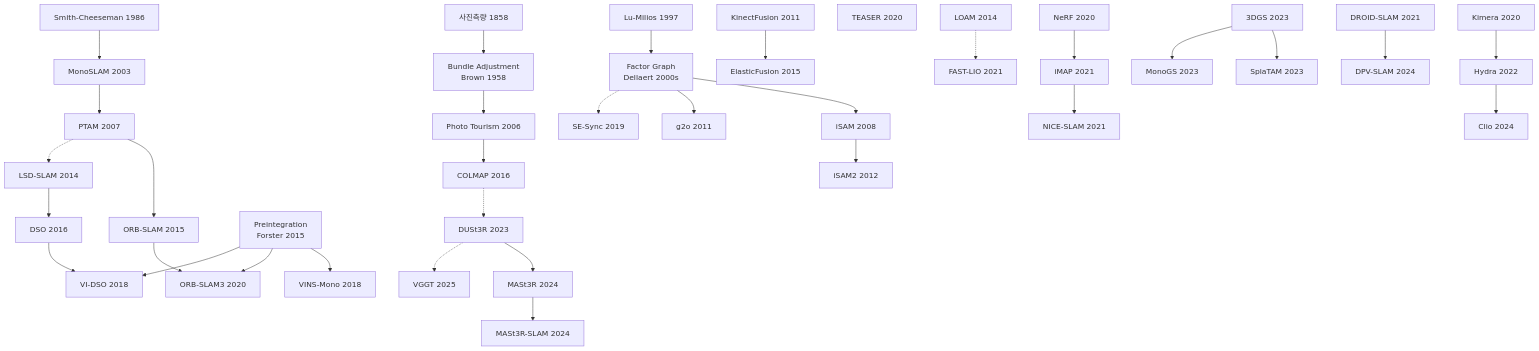
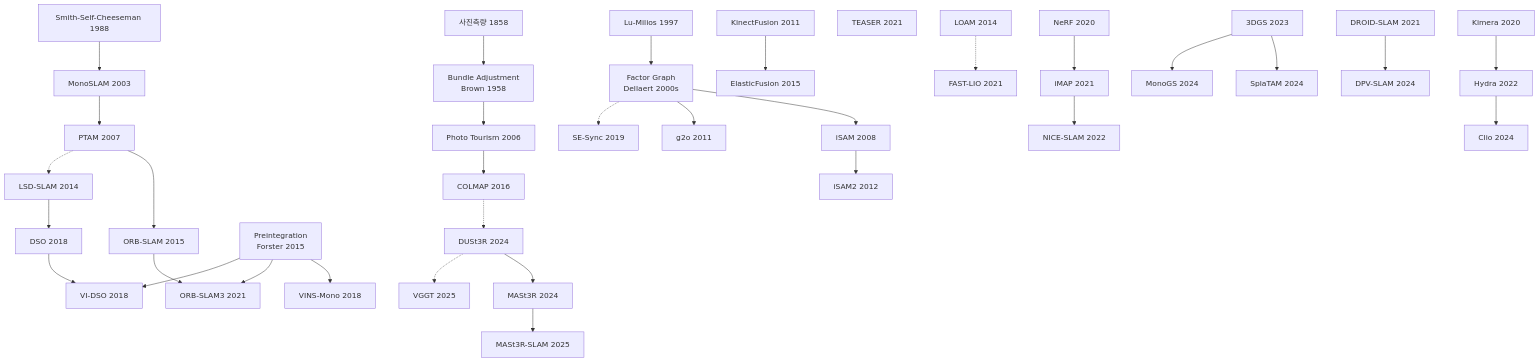
Before and after one commit to alexjunholee/slam-history-book: the diagram in chapter_19_open_problems.md, drawn with Mermaid. The commit also changed other lines of this file and 25 other files, not shown here.

````diff
--- a/chapter_19_open_problems.md
+++ b/chapter_19_open_problems.md
@@ -121,14 +119,14 @@
   SfM[Photo Tourism 2006]
   COLMAP[COLMAP 2016]
 
-  SC[Smith-Cheeseman 1986]
+  SC[Smith-Self-Cheeseman 1988]
   Mono[MonoSLAM 2003]
   PTAM[PTAM 2007]
   ORB[ORB-SLAM 2015]
-  ORB3[ORB-SLAM3 2020]
+  ORB3[ORB-SLAM3 2021]
 
   LSD[LSD-SLAM 2014]
-  DSO[DSO 2016]
+  DSO[DSO 2018]
   VIDSO[VI-DSO 2018]
 
   LM[Lu-Milios 1997]
@@ -144,26 +142,26 @@
   Elastic[ElasticFusion 2015]
 
   SESync[SE-Sync 2019]
-  TEASER[TEASER 2020]
+  TEASER[TEASER 2021]
 
   LOAM[LOAM 2014]
   FAST[FAST-LIO 2021]
 
   NeRF[NeRF 2020]
   iMAP[iMAP 2021]
-  NICE[NICE-SLAM 2021]
+  NICE[NICE-SLAM 2022]
 
   GS3D[3DGS 2023]
-  Spla[SplaTAM 2023]
-  MonoGS[MonoGS 2023]
+  Spla[SplaTAM 2024]
+  MonoGS[MonoGS 2024]
 
   DROID[DROID-SLAM 2021]
   DPV[DPV-SLAM 2024]
 
-  DUSt3R[DUSt3R 2023]
+  DUSt3R[DUSt3R 2024]
   MASt[MASt3R 2024]
   VGGT[VGGT 2025]
-  MASlam[MASt3R-SLAM 2024]
+  MASlam[MASt3R-SLAM 2025]
 
   Kimera[Kimera 2020]
   Hydra[Hydra 2022]
@@ -189,11 +187,11 @@
   MASt --> MASlam
   Kimera --> Hydra --> Clio
 
-  click PM "#chapter-1" "Ch.1 선사시대 — 사진측량"
-  click BA "#chapter-1" "Ch.1 선사시대 — Bundle Adjustment"
+  click PM "#chapter-1" "Ch.1 사진측량"
+  click BA "#chapter-1" "Ch.1 Bundle Adjustment"
   click SfM "#chapter-3" "Ch.3 Structure from Motion"
   click COLMAP "#chapter-3" "Ch.3 SfM — COLMAP"
-  click SC "#chapter-4" "Ch.4 EKF-SLAM — Smith-Cheeseman"
+  click SC "#chapter-4" "Ch.4 EKF-SLAM — Smith-Self-Cheeseman"
   click Mono "#chapter-5" "Ch.5 MonoSLAM·PTAM"
   click PTAM "#chapter-5" "Ch.5 MonoSLAM·PTAM"
   click ORB "#chapter-7" "Ch.7 ORB-SLAM 계열"
@@ -206,12 +204,12 @@
   click iSAM "#chapter-6" "Ch.6 Graph SLAM — iSAM"
   click iSAM2 "#chapter-6" "Ch.6 Graph SLAM — iSAM2"
   click g2o "#chapter-6" "Ch.6 Graph SLAM — g2o"
-  click Forster "#chapter-7" "Ch.7b IMU Preintegration (Ch.7 뒤)"
-  click VINS "#chapter-7" "Ch.7 — VINS-Mono"
+  click Forster "#chapter-7b" "Ch.7b IMU Preintegration"
+  click VINS "#chapter-7b" "Ch.7b — VINS-Mono"
   click Kinect "#chapter-9" "Ch.9 RGB-D — KinectFusion"
   click Elastic "#chapter-9" "Ch.9 RGB-D — ElasticFusion"
-  click SESync "#chapter-6" "Ch.6b Certifiable (Ch.6 뒤)"
-  click TEASER "#chapter-6" "Ch.6b Certifiable — TEASER"
+  click SESync "#chapter-6b" "Ch.6b Certifiable — SE-Sync"
+  click TEASER "#chapter-6b" "Ch.6b Certifiable — TEASER"
   click LOAM "#chapter-17" "Ch.17 LiDAR — LOAM"
   click FAST "#chapter-17" "Ch.17 LiDAR — FAST-LIO"
   click NeRF "#chapter-14" "Ch.14 NeRF-SLAM"
@@ -226,7 +224,7 @@
   click MASt "#chapter-16" "Ch.16 — MASt3R"
   click VGGT "#chapter-16" "Ch.16 — VGGT"
   click MASlam "#chapter-16" "Ch.16 — MASt3R-SLAM"
-  click Kimera "#chapter-16" "Ch.16 §16.6 Semantic Foundation — Kimera"
+  click Kimera "#chapter-19" "Ch.19 §19.7 — Kimera"
   click Hydra "#chapter-16" "Ch.16 §16.6 Semantic Foundation"
   click Clio "#chapter-16" "Ch.16 §16.6 — Clio"
 ```
````
